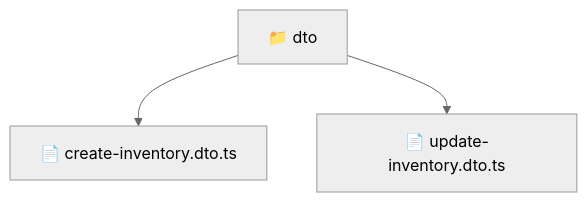
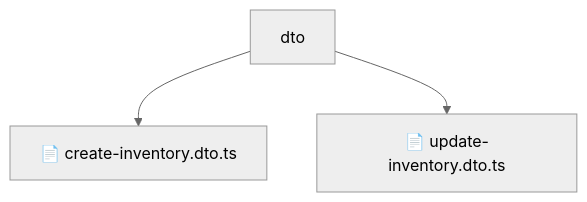
One commit to beginwebdev2002/fullstack-mavluda changed the diagram in backend/src/modules/inventory/presentation/dto/README.md. Above: the diagram before and after it, drawn with Mermaid (neutral theme). The commit also changed other lines of this file and 155 other files, not shown here.

````diff
--- a/backend/src/modules/inventory/presentation/dto/README.md
+++ b/backend/src/modules/inventory/presentation/dto/README.md
@@ -10,6 +14,6 @@
 ```mermaid
 graph TD
-  Root["📁 dto"]
-  Root --> createinventorydtots["📄 create-inventory.dto.ts"]
-  Root --> updateinventorydtots["📄 update-inventory.dto.ts"]
+    Root[dto]
+    Root --> F0[📄 create-inventory.dto.ts]
+    Root --> F1[📄 update-inventory.dto.ts]
 ```
````
